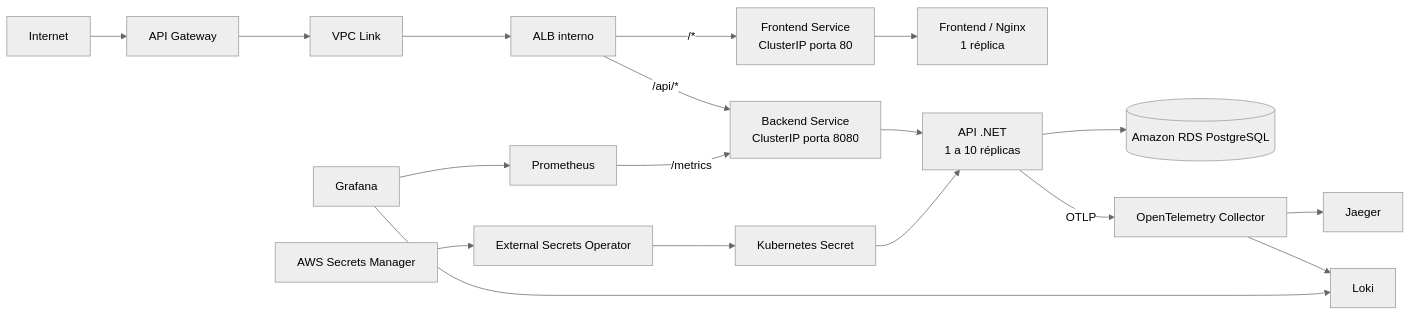
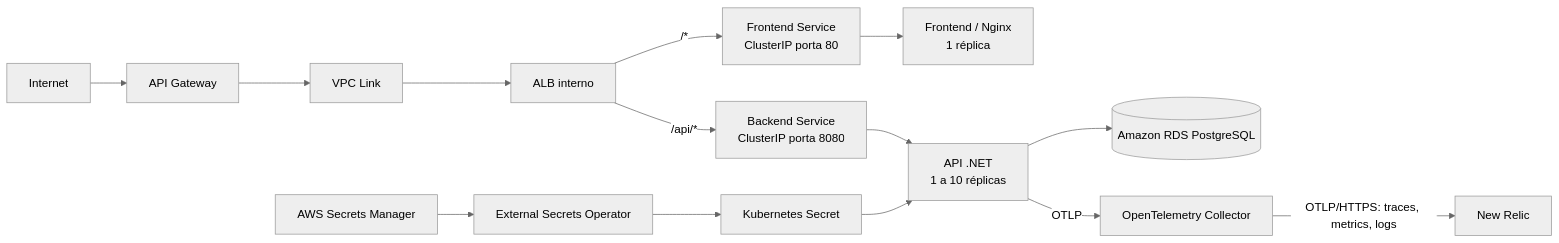
One commit to Maieru/fiap-tech-challenge changed the diagram in k8s/README.md. Above: the diagram before and after it, drawn with Mermaid (neutral theme). The commit also changed other lines of this file and 18 other files, not shown here.

````diff
--- a/k8s/README.md
+++ b/k8s/README.md
@@ -7,20 +7,16 @@
 ```mermaid
 graph LR
     Internet --> Gateway["API Gateway"]
     Gateway --> Link["VPC Link"]
     Link --> ALB["ALB interno"]
     ALB -->|"/*"| FrontendService["Frontend Service<br/>ClusterIP porta 80"]
     FrontendService --> Frontend["Frontend / Nginx<br/>1 réplica"]
     ALB -->|"/api/*"| BackendService["Backend Service<br/>ClusterIP porta 8080"]
     BackendService --> Backend["API .NET<br/>1 a 10 réplicas"]
     Backend --> RDS[(Amazon RDS PostgreSQL)]
     Backend -->|"OTLP"| Collector[OpenTelemetry Collector]
-    Collector --> Jaeger
-    Collector --> Loki
-    Prometheus -->|"/metrics"| BackendService
-    Grafana --> Prometheus
-    Grafana --> Loki
+    Collector -->|"OTLP/HTTPS: traces, metrics, logs"| NewRelic[New Relic]
     Secrets["AWS Secrets Manager"] --> ExternalSecrets["External Secrets Operator"]
     ExternalSecrets --> BackendSecret["Kubernetes Secret"]
     BackendSecret --> Backend
 ```
````
